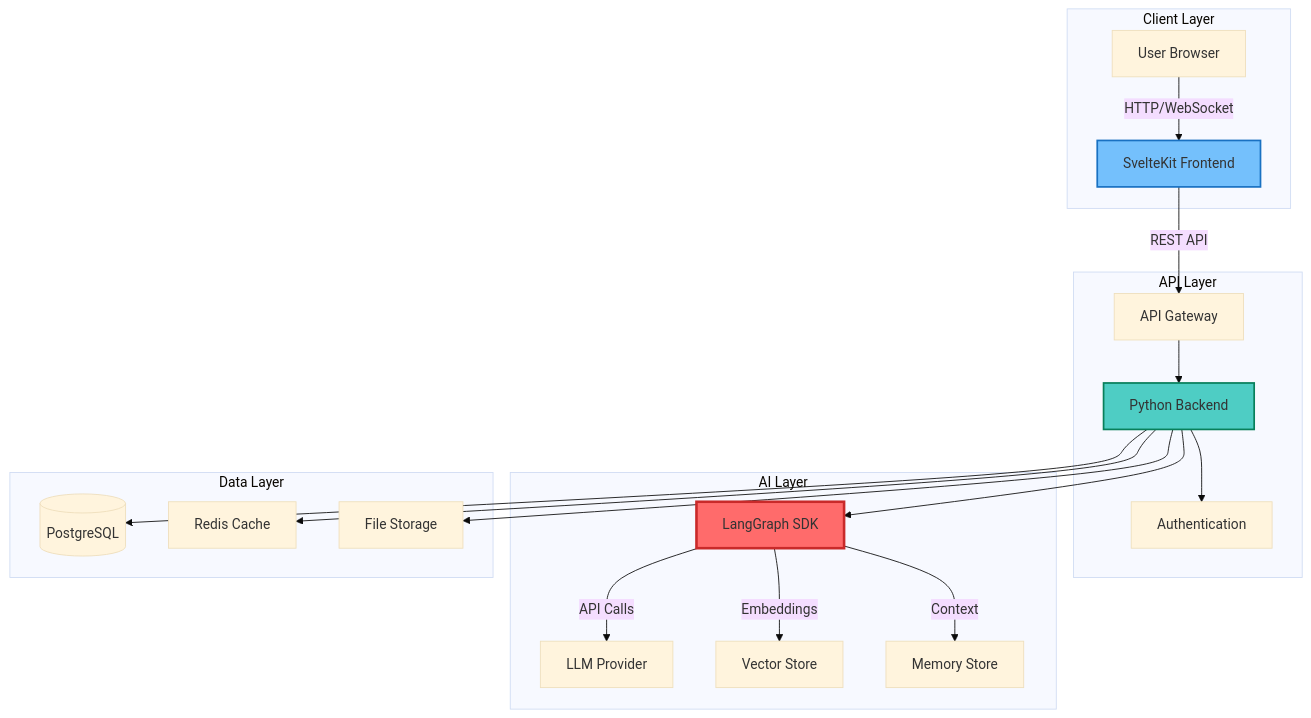
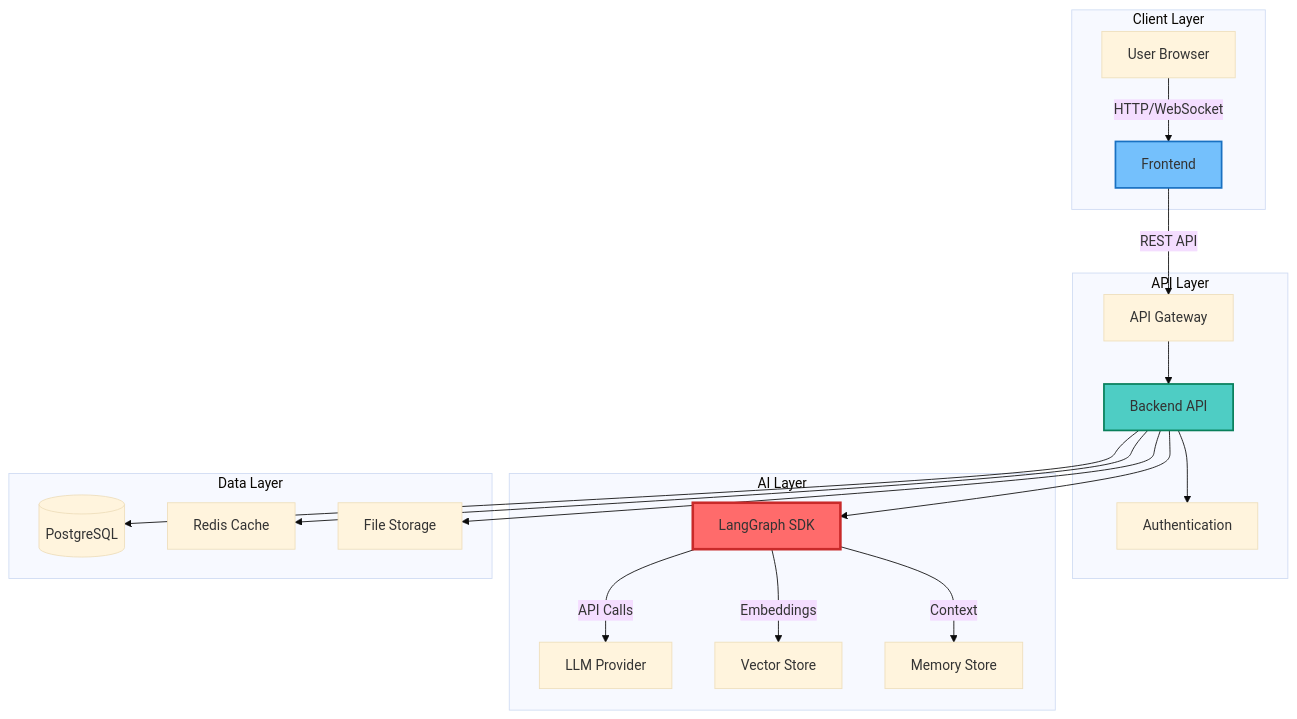
Before and after one commit to mk-knight23/AI-SDK-LANGGRAPH: the diagram in README.md, drawn with Mermaid (base theme). The commit also changed other lines of this file, not shown here.

````diff
--- a/README.md
+++ b/README.md
@@ -332,42 +321,42 @@
 ```mermaid
 graph TB
     subgraph "Client Layer"
         A[User Browser]
-        B[SvelteKit Frontend]
+        B[Frontend]
     end
 
     subgraph "API Layer"
         C[API Gateway]
-        D[Python Backend]
+        D[Backend API]
         E[Authentication]
     end
 
     subgraph "AI Layer"
         F[LangGraph SDK]
         G[LLM Provider]
         H[Vector Store]
         I[Memory Store]
     end
 
     subgraph "Data Layer"
         J[(PostgreSQL)]
         K[Redis Cache]
         L[File Storage]
     end
 
     A -->|HTTP/WebSocket| B
     B -->|REST API| C
     C --> D
     D --> E
     D --> F
     F -->|API Calls| G
     F -->|Embeddings| H
     F -->|Context| I
     D --> J
     D --> K
     D --> L
 
     style F fill:#ff6b6b,stroke:#c92a2a,stroke-width:3px
     style D fill:#4ecdc4,stroke:#087f5b,stroke-width:2px
     style B fill:#74c0fc,stroke:#1971c2,stroke-width:2px
 ```
````
